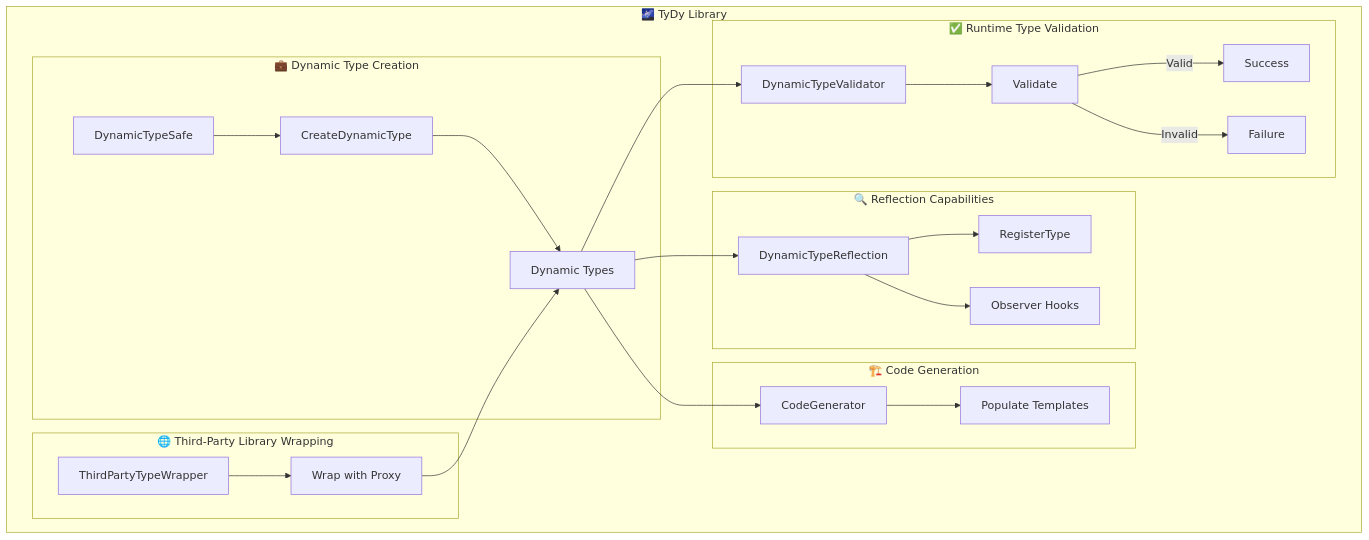
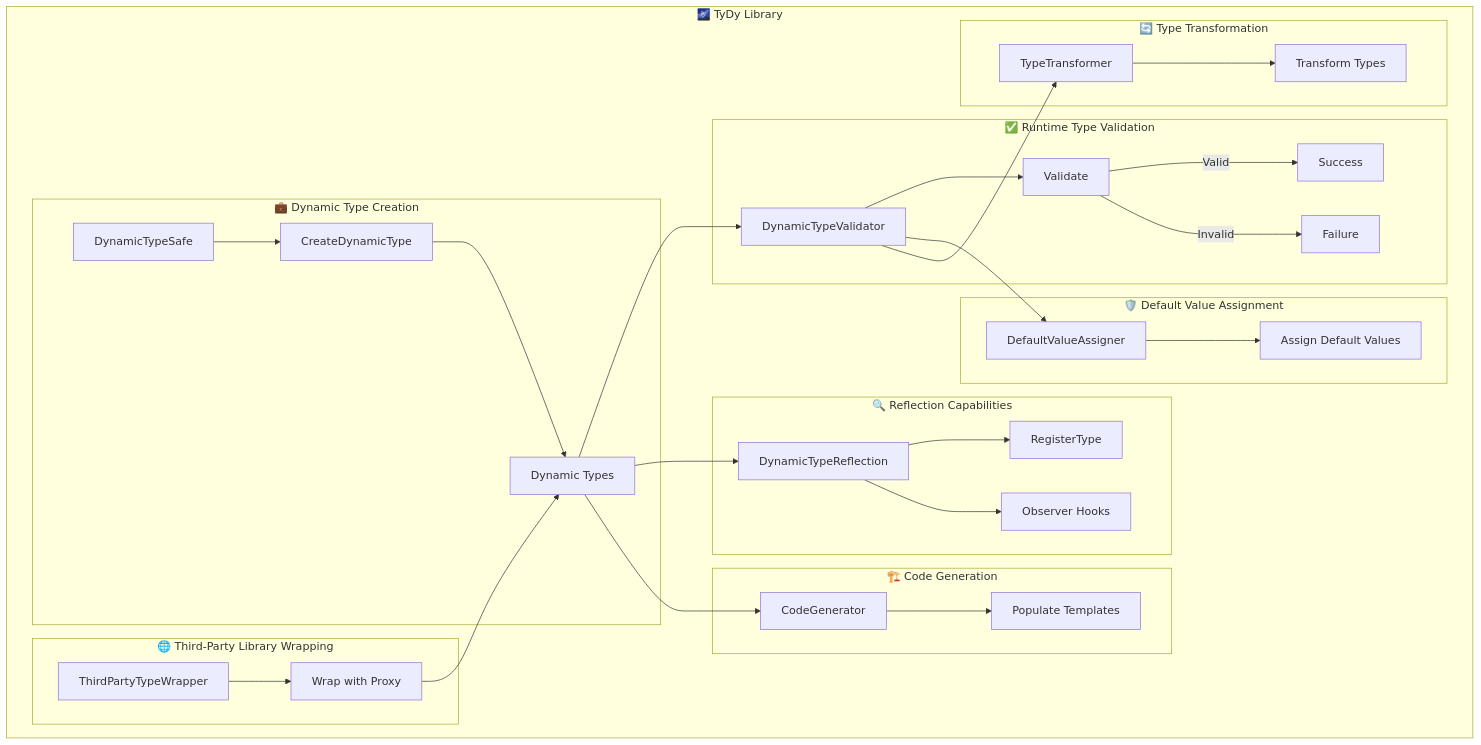
Before and after one commit to RyanMyrvold/Performance-Decorators: the diagram in README.md, drawn with Mermaid. The commit also changed other lines of this file and 3 other files, not shown here.

First line of the commit message:
Added new features for type checks, performance testing, error handling, default value assignment, and type transformation, along with comprehensive tests and README updates.

````diff
--- a/README.md
+++ b/README.md
@@ -24,38 +30,44 @@
 ```mermaid
 flowchart TD
-  %% Main Library
+%% Main Library
     subgraph "🌌 TyDy Library"
-        %% Dynamic Type Creation Module
-        subgraph "💼 Dynamic Type Creation"
-            DTS[DynamicTypeSafe] --> CT[CreateDynamicType]
-            CT --> DT[Dynamic Types]
-        end
-
-        %% Runtime Type Validation Module
-        subgraph "✅ Runtime Type Validation"
-            DT --> DTV[DynamicTypeValidator]
-            DTV --> Validate
-            Validate -->|"Valid"| Success
-            Validate -->|"Invalid"| Failure
-        end
-
-        %% Reflection Capabilities Module
-        subgraph "🔍 Reflection Capabilities"
-            DT --> DTR[DynamicTypeReflection]
-            DTR --> RT[RegisterType]
-            DTR --> Observe[Observer Hooks]
-        end
-
-        %% Code Generation Module
-        subgraph "🏗️ Code Generation"
-            DT --> CG[CodeGenerator]
-            CG --> Template[Populate Templates]
-        end
-
-        %% Third-Party Library Wrapping Module
-        subgraph "🌐 Third-Party Library Wrapping"
-            TPTW[ThirdPartyTypeWrapper] --> Proxy[Wrap with Proxy]
-            Proxy --> DT
-        end
+    %% Dynamic Type Creation Module
+    subgraph "💼 Dynamic Type Creation"
+        DTS[DynamicTypeSafe] --> CT[CreateDynamicType]
+        CT --> DT[Dynamic Types]
     end
+    %% Runtime Type Validation Module
+    subgraph "✅ Runtime Type Validation"
+        DT --> DTV[DynamicTypeValidator]
+        DTV --> Validate
+        Validate -->|"Valid"| Success
+        Validate -->|"Invalid"| Failure
+    end
+    %% Reflection Capabilities Module
+    subgraph "🔍 Reflection Capabilities"
+        DT --> DTR[DynamicTypeReflection]
+        DTR --> RT[RegisterType]
+        DTR --> Observe[Observer Hooks]
+    end
+    %% Code Generation Module
+    subgraph "🏗️ Code Generation"
+        DT --> CG[CodeGenerator]
+        CG --> Template[Populate Templates]
+    end
+    %% Third-Party Library Wrapping Module
+    subgraph "🌐 Third-Party Library Wrapping"
+        TPTW[ThirdPartyTypeWrapper] --> Proxy[Wrap with Proxy]
+        Proxy --> DT
+    end
+    %% Default Value Assignment Module
+    subgraph "🛡️ Default Value Assignment"
+        DTV --> DVA[DefaultValueAssigner]
+        DVA --> Assign[Assign Default Values]
+    end
+    %% Type Transformation Module
+    subgraph "🔄 Type Transformation"
+        DTV --> TT[TypeTransformer]
+        TT --> Transform[Transform Types]
+    end
+end
 ```
````
